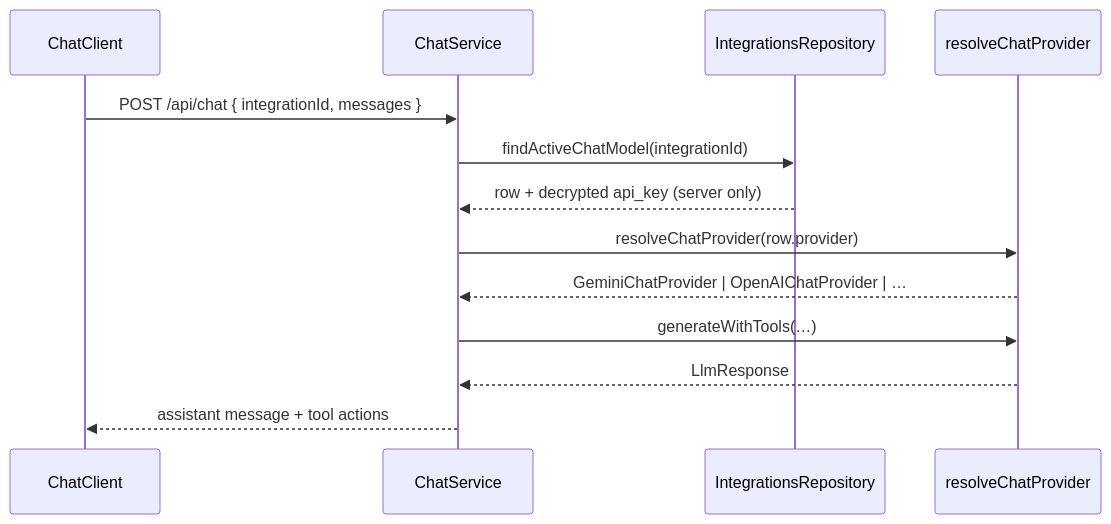
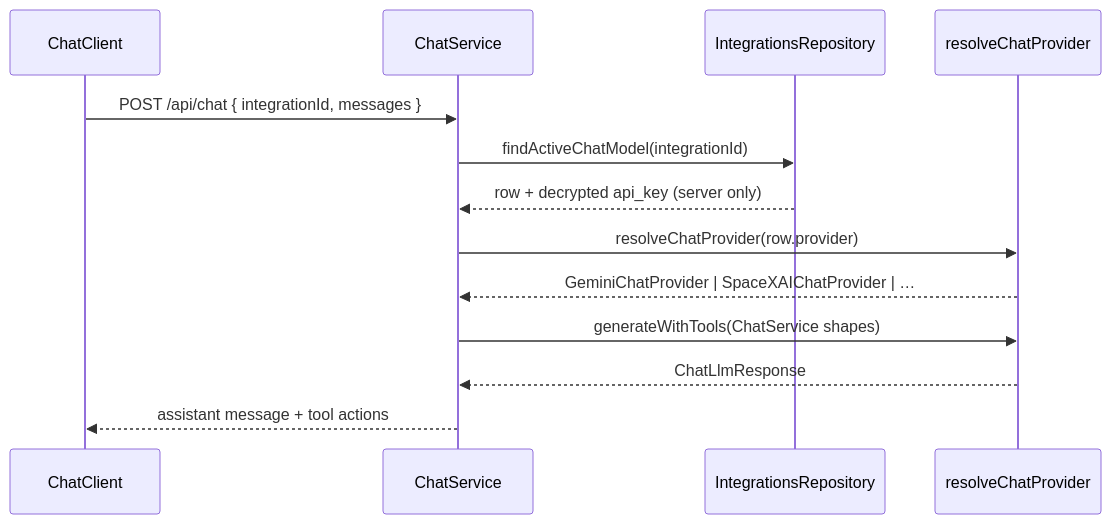
Before and after one commit to lizardkingLK/alice: the second of 2 diagrams in docs/features/integrations/SETTINGS_INTEGRATIONS.md, drawn with Mermaid. The commit also changed other lines of this file and 44 other files, not shown here.

````diff
--- a/docs/features/integrations/SETTINGS_INTEGRATIONS.md
+++ b/docs/features/integrations/SETTINGS_INTEGRATIONS.md
@@ -319,16 +324,16 @@
 ```mermaid
 sequenceDiagram
   participant UI as ChatClient
   participant API as ChatService
   participant Repo as IntegrationsRepository
   participant Strat as resolveChatProvider
 
   UI->>API: POST /api/chat { integrationId, messages }
   API->>Repo: findActiveChatModel(integrationId)
   Repo-->>API: row + decrypted api_key (server only)
   API->>Strat: resolveChatProvider(row.provider)
-  Strat-->>API: GeminiChatProvider | OpenAIChatProvider | …
-  API->>Strat: generateWithTools(…)
-  Strat-->>API: LlmResponse
+  Strat-->>API: GeminiChatProvider | SpaceXAIChatProvider | …
+  API->>Strat: generateWithTools(ChatService shapes)
+  Strat-->>API: ChatLlmResponse
   API-->>UI: assistant message + tool actions
 ```
````
